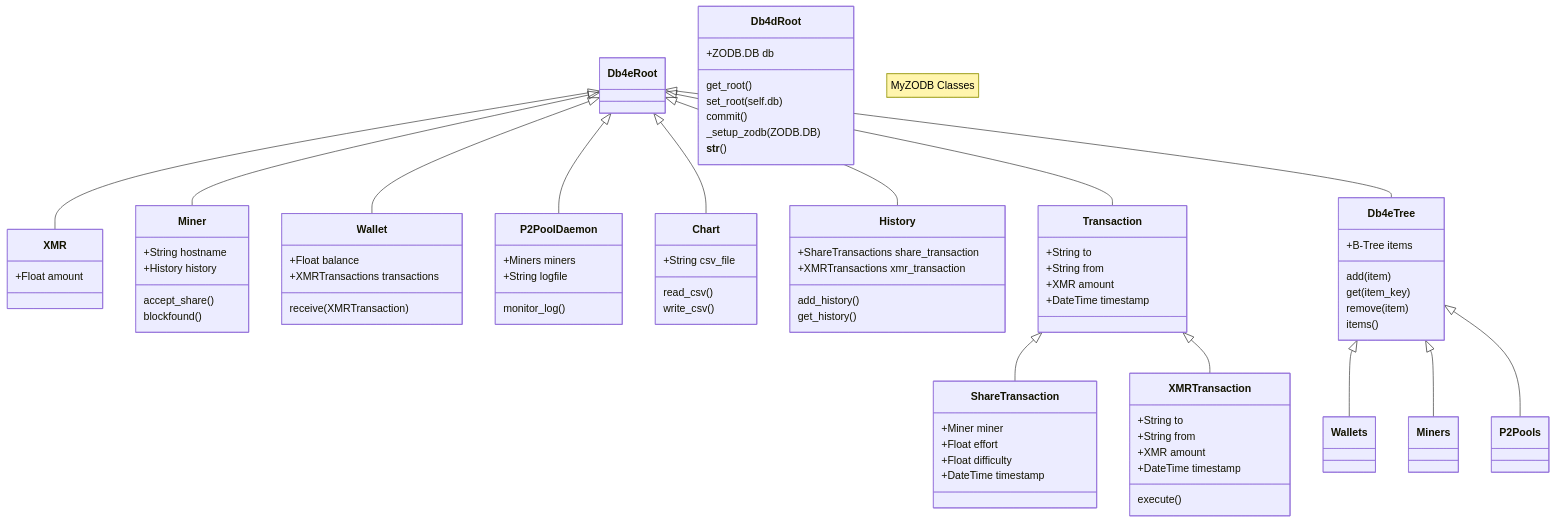
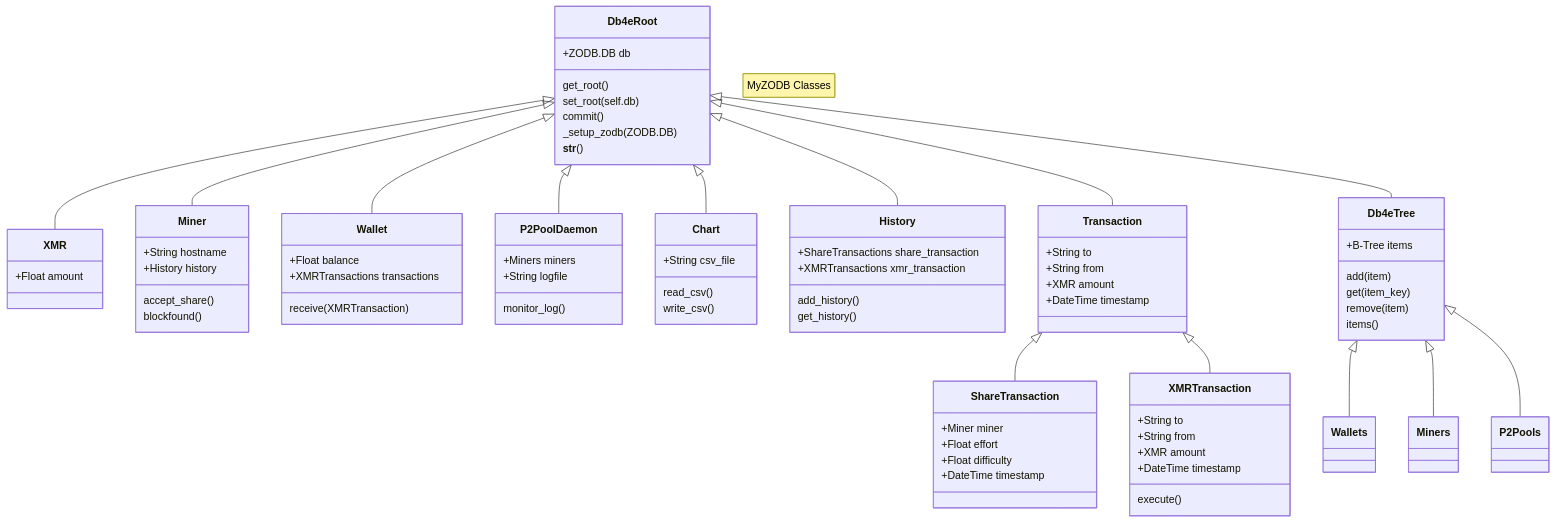
Before and after one commit to NadimGhaznavi/myzodb: the diagram in _posts/2024-06-02-Class-Hierarchy.md, drawn with Mermaid.

```diff
--- a/_posts/2024-06-02-Class-Hierarchy.md
+++ b/_posts/2024-06-02-Class-Hierarchy.md
@@ -53,7 +53,7 @@
       accept_share()
       blockfound()
     }
-    class Db4dRoot{
+    class Db4eRoot{
       +ZODB.DB db
       get_root()
       set_root(self.db)
```
